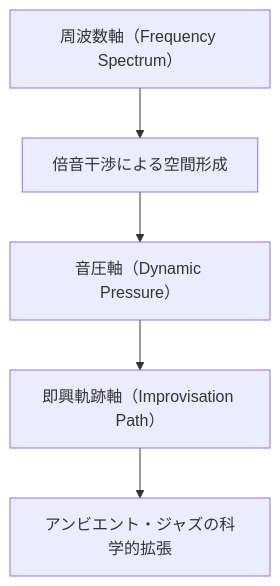
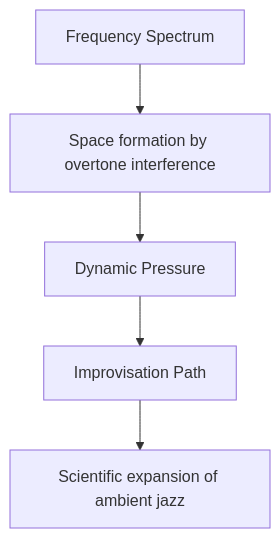
Before and after one commit to monumental-movement/monumental-movement.github.io: the first of 2 diagrams in en/_posts/2025-10-29-column-floating-points.md, drawn with Mermaid. The commit also changed 152 other files, not shown here.

```diff
--- a/en/_posts/2025-10-29-column-floating-points.md
+++ b/en/_posts/2025-10-29-column-floating-points.md
@@ -84,10 +84,10 @@
 <div class="mermaid">
 
 graph TD
-    A["周波数軸（Frequency Spectrum）"] --> B["倍音干渉による空間形成"]
-    B --> C["音圧軸（Dynamic Pressure）"]
-    C --> D["即興軌跡軸（Improvisation Path）"]
-    D --> E["アンビエント・ジャズの科学的拡張"]
+    A["Frequency Spectrum"] --> B["Space formation by overtone interference"]
+    B --> C["Dynamic Pressure"]
+    C --> D["Improvisation Path"]
+    D --> E["Scientific expansion of ambient jazz"]
 
 
 </div>
```
